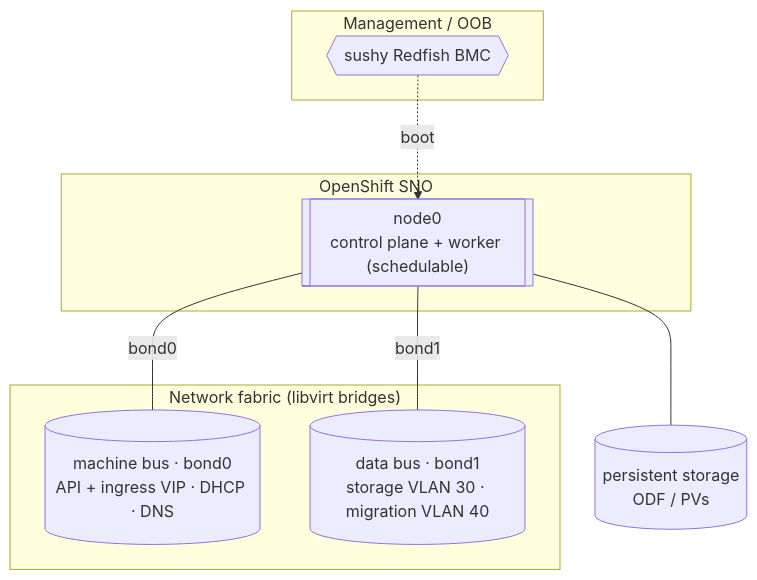
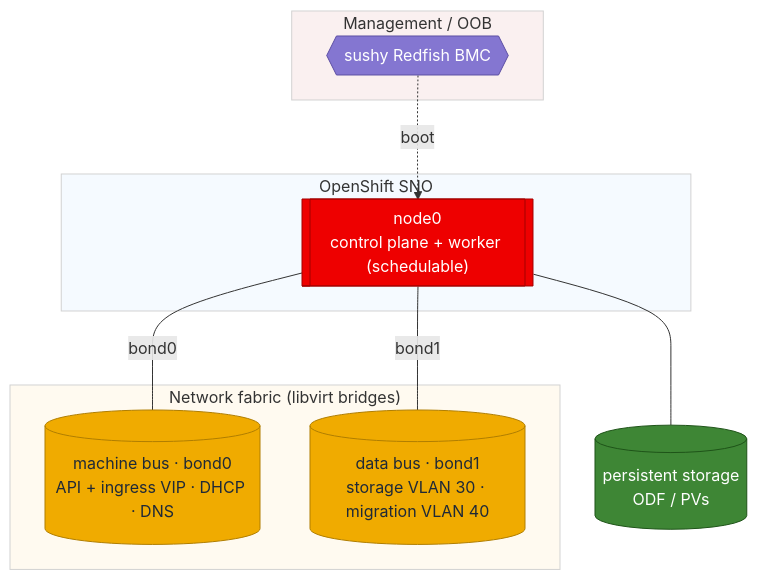
Before and after one commit to maci0/vmetal-openshift: the fifth of 10 diagrams in docs/architecture.md, drawn with Mermaid. The commit also changed other lines of this file and 14 other files, not shown here.

First line of the commit message:
docs: colour the diagrams (Red Hat refarch palette), drop beautiful-mermaid pipeline

````diff
--- a/docs/architecture.md
+++ b/docs/architecture.md
@@ -222,18 +237,26 @@
 ```mermaid
 flowchart TB
   subgraph mgmt["Management / OOB"]
     sushy{{"sushy Redfish BMC"}}
   end
   subgraph cluster["OpenShift SNO"]
     n0[["node0<br/>control plane + worker (schedulable)"]]
   end
   subgraph fabric["Network fabric (libvirt bridges)"]
     mach[("machine bus · bond0<br/>API + ingress VIP · DHCP · DNS")]
     data[("data bus · bond1<br/>storage VLAN 30 · migration VLAN 40")]
   end
   store[("persistent storage<br/>ODF / PVs")]
   sushy -. boot .-> n0
   n0 -- bond0 --- mach
   n0 -- bond1 --- data
   n0 --- store
+  classDef cp fill:#ee0000,stroke:#a30000,color:#fff;
+  classDef bmc fill:#8476d1,stroke:#5d4fa3,color:#fff;
+  classDef net fill:#f0ab00,stroke:#b07e00,color:#1f2937;
+  classDef stor fill:#3e8635,stroke:#1f5419,color:#fff;
+  class n0 cp; class sushy bmc; class mach,data net; class store stor;
+  style mgmt fill:#faf0f0,stroke:#d2d2d2;
+  style cluster fill:#f5faff,stroke:#d2d2d2;
+  style fabric fill:#fffaf0,stroke:#d2d2d2;
 ```
````
